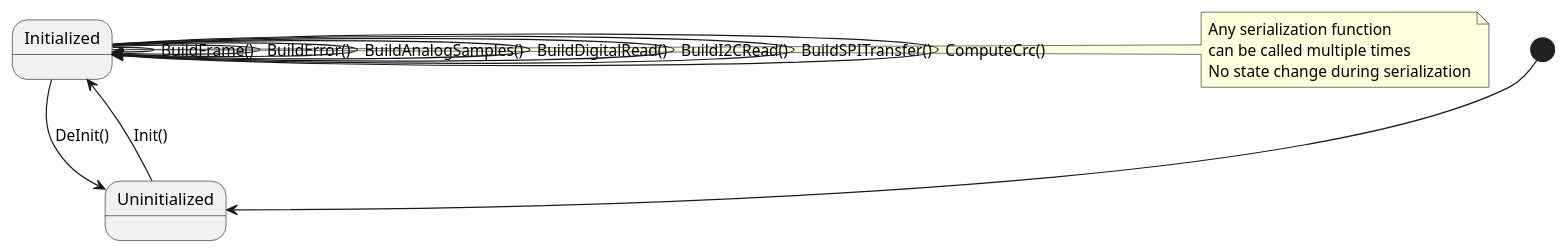
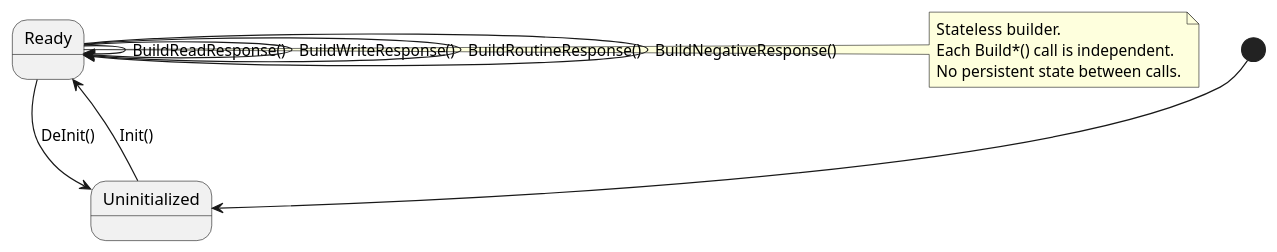
The diagram in 3_swComp/layer2Service/serialize/2_design/serializeStateMachine.puml (LinhTrucVo/Bico_Protocol_Bridge), drawn with PlantUML before and after one commit. The commit also changed 87 other files, not shown here.

```diff
--- a/3_swComp/layer2Service/serialize/2_design/serializeStateMachine.puml
+++ b/3_swComp/layer2Service/serialize/2_design/serializeStateMachine.puml
@@ -1,24 +1,20 @@
 @startuml serializeStateMachine
 state Uninitialized
-state Initialized
+state Ready
 
 [*] --> Uninitialized
 
-Uninitialized --> Initialized : Init()
+Uninitialized --> Ready : Init()
+Ready --> Uninitialized : DeInit()
 
-Initialized --> Uninitialized : DeInit()
+Ready --> Ready : BuildReadResponse()
+Ready --> Ready : BuildWriteResponse()
+Ready --> Ready : BuildRoutineResponse()
+Ready --> Ready : BuildNegativeResponse()
 
-Initialized --> Initialized : BuildFrame()
-Initialized --> Initialized : BuildError()
-Initialized --> Initialized : BuildAnalogSamples()
-Initialized --> Initialized : BuildDigitalRead()
-Initialized --> Initialized : BuildI2CRead()
-Initialized --> Initialized : BuildSPITransfer()
-Initialized --> Initialized : ComputeCrc()
-
-note right of Initialized
-  Any serialization function
-  can be called multiple times
-  No state change during serialization
+note right of Ready
+  Stateless builder.
+  Each Build*() call is independent.
+  No persistent state between calls.
 end note
 @enduml
```
